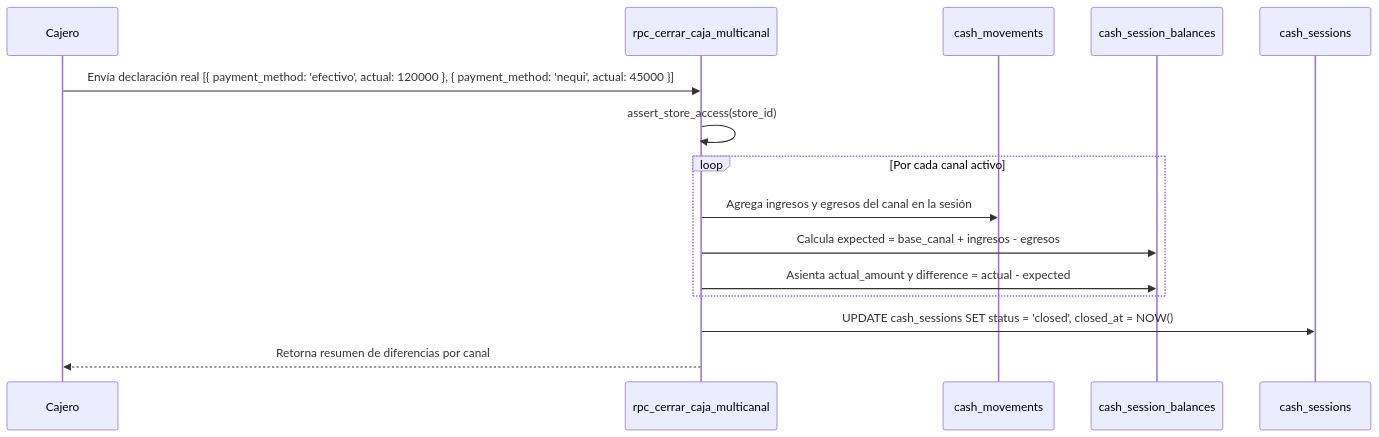
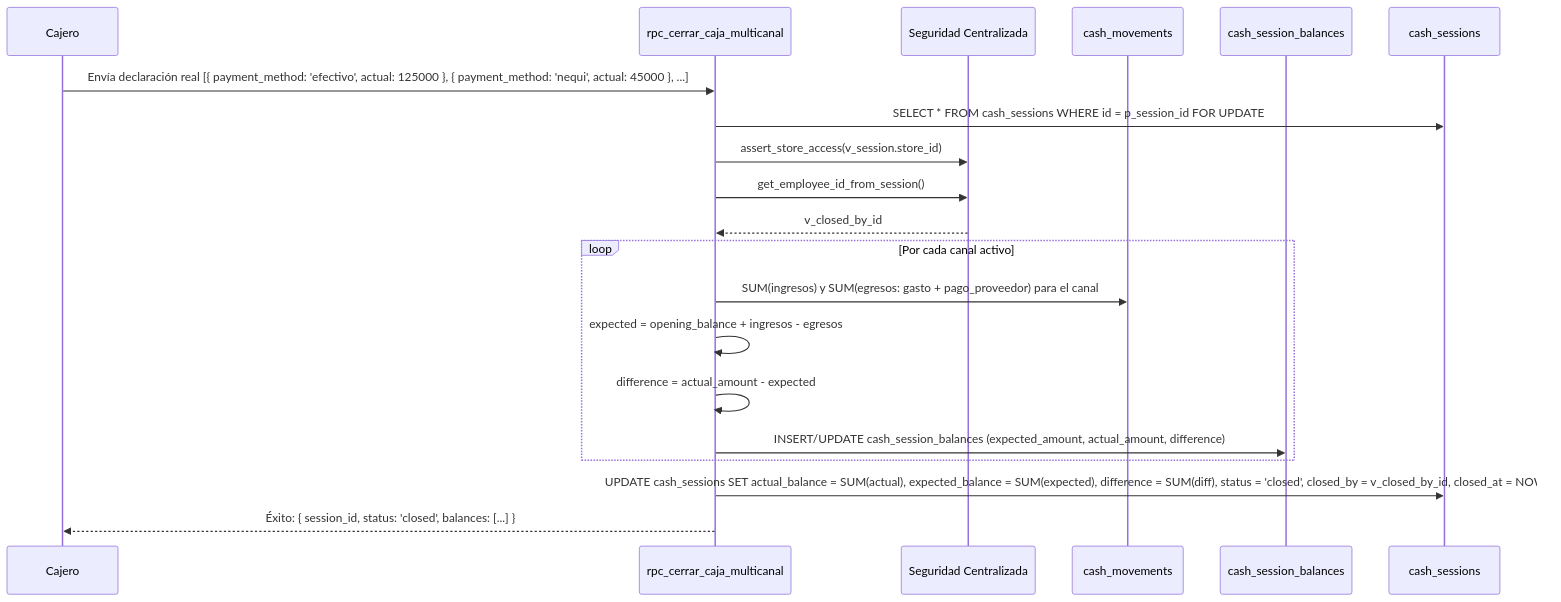
One commit to YamirJCF/tienda-barrio-pro changed the third of 5 diagrams in documentation/01_requirements/SDD/SDD_020_CAJA_MULTICANAL.md. Above: the diagram before and after it, drawn with Mermaid. The commit also changed other lines of this file, not shown here.

````diff
--- a/documentation/01_requirements/SDD/SDD_020_CAJA_MULTICANAL.md
+++ b/documentation/01_requirements/SDD/SDD_020_CAJA_MULTICANAL.md
@@ -75,18 +121,23 @@
 ```mermaid
 sequenceDiagram
     participant U as Cajero
     participant RPC as rpc_cerrar_caja_multicanal
-    participant M as cash_movements
+    participant SEC as Seguridad Centralizada
+    participant CM as cash_movements
     participant B as cash_session_balances
     participant S as cash_sessions
 
-    U->>RPC: Envía declaración real [{ payment_method: 'efectivo', actual: 120000 }, { payment_method: 'nequi', actual: 45000 }]
-    RPC->>RPC: assert_store_access(store_id)
+    U->>RPC: Envía declaración real [{ payment_method: 'efectivo', actual: 125000 }, { payment_method: 'nequi', actual: 45000 }, ...]
+    RPC->>S: SELECT * FROM cash_sessions WHERE id = p_session_id FOR UPDATE
+    RPC->>SEC: assert_store_access(v_session.store_id)
+    RPC->>SEC: get_employee_id_from_session()
+    SEC-->>RPC: v_closed_by_id
     loop Por cada canal activo
-        RPC->>M: Agrega ingresos y egresos del canal en la sesión
-        RPC->>B: Calcula expected = base_canal + ingresos - egresos
-        RPC->>B: Asienta actual_amount y difference = actual - expected
+        RPC->>CM: SUM(ingresos) y SUM(egresos: gasto + pago_proveedor) para el canal
+        RPC->>RPC: expected = opening_balance + ingresos - egresos
+        RPC->>RPC: difference = actual_amount - expected
+        RPC->>B: INSERT/UPDATE cash_session_balances (expected_amount, actual_amount, difference)
     end
-    RPC->>S: UPDATE cash_sessions SET status = 'closed', closed_at = NOW()
-    RPC-->>U: Retorna resumen de diferencias por canal
+    RPC->>S: UPDATE cash_sessions SET actual_balance = SUM(actual), expected_balance = SUM(expected), difference = SUM(diff), status = 'closed', closed_by = v_closed_by_id, closed_at = NOW()
+    RPC-->>U: Éxito: { session_id, status: 'closed', balances: [...] }
 ```
````
